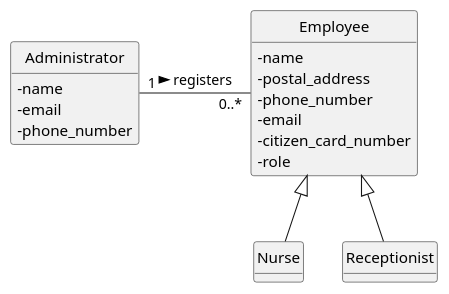
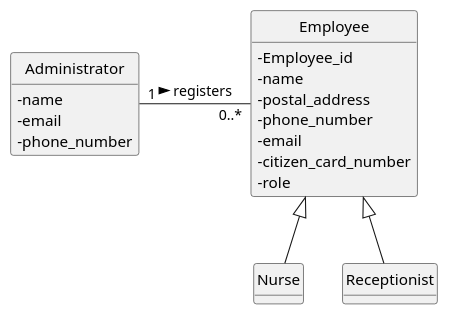
Before and after one commit to Parafita123/leti-esoft-25-26-B1: the diagram in docs/Sprint2/US14/puml/US14-MD.puml, drawn with PlantUML. The commit also changed 6 other files, not shown here.

```diff
--- a/docs/Sprint2/US14/puml/US14-MD.puml
+++ b/docs/Sprint2/US14/puml/US14-MD.puml
@@ -1,32 +1,33 @@
 @startuml
 'https://plantuml.com/class-diagram
 skinparam classAttributeIconSize 0
 hide circle
 hide methods
 
 class Administrator {
     - name
     - email
     - phone_number
 }
 
 class Employee {
+    - Employee_id
     - name
     - postal_address
     - phone_number
     - email
     - citizen_card_number
     - role
 }
 
 class Nurse {
 }
 
 class Receptionist {
 }
 
 Administrator "1" -right-- "0..*" Employee: registers >
 Employee <|-- Nurse
 Employee <|-- Receptionist
 
 @enduml
```
